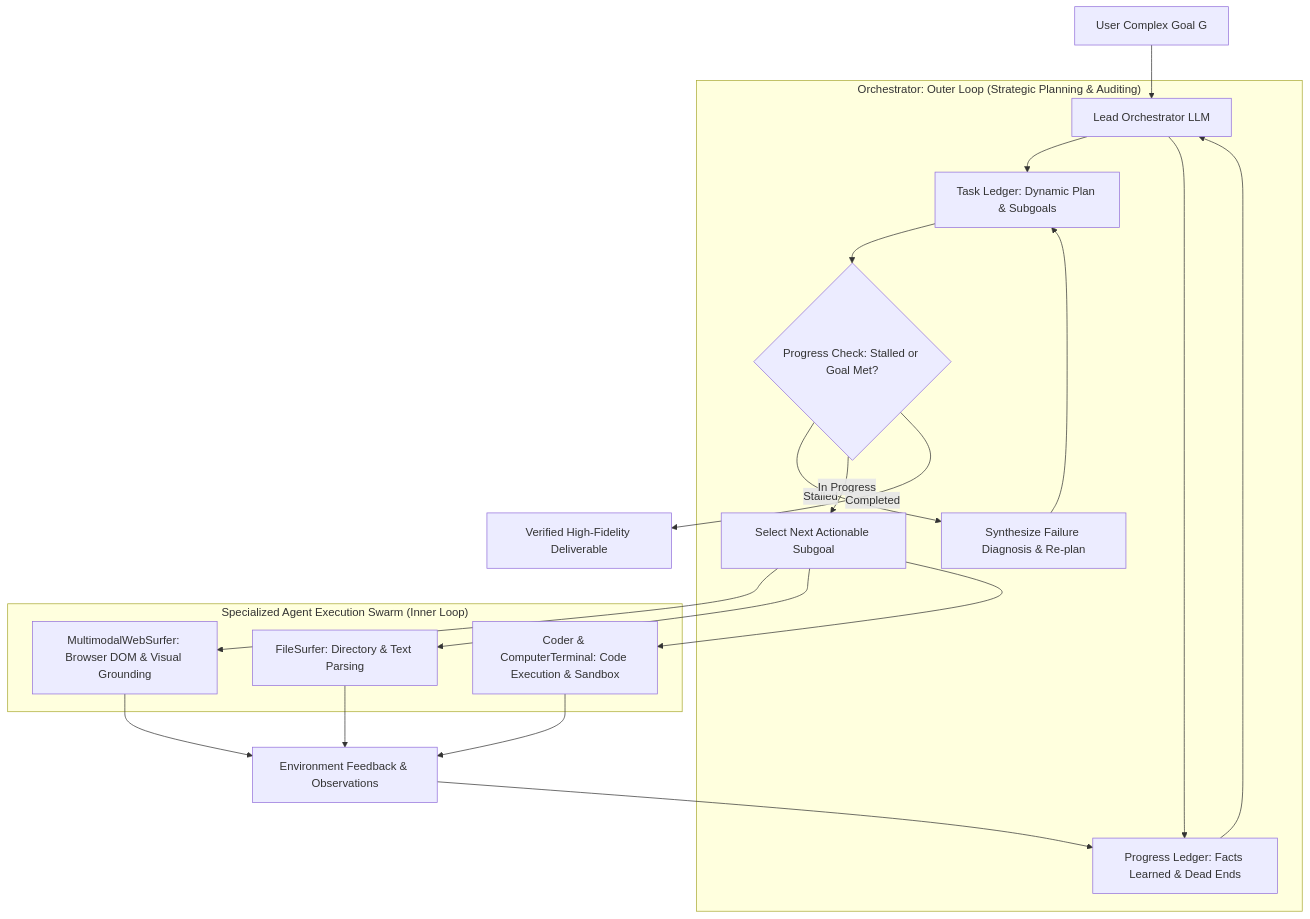
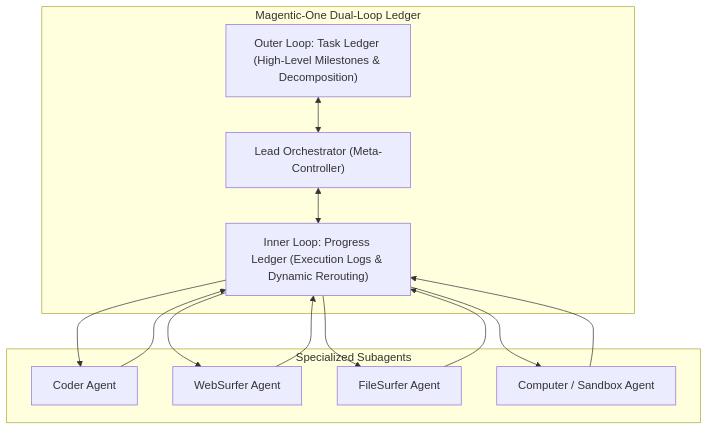
One commit to hammadshakeelai/prompt-engineering-mastery changed the first of 2 diagrams in obsidian_vault/raw_research/agent_orchestration_magentic_one_and_state_machines.md. Above: the diagram before and after it, drawn with Mermaid. The commit also changed other lines of this file and 3 other files, not shown here.

Commit message:
feat(landmark): Section 186 XGrammar + Magentic-One monograph + index rebuild

````diff
--- a/obsidian_vault/raw_research/agent_orchestration_magentic_one_and_state_machines.md
+++ b/obsidian_vault/raw_research/agent_orchestration_magentic_one_and_state_machines.md
@@ -12,27 +6,20 @@
 ```mermaid
 flowchart TD
-    UserTask["User Complex Goal G"] --> Orchestrator
-
-    subgraph OuterLoop["Orchestrator: Outer Loop (Strategic Planning & Auditing)"]
-        Orchestrator["Lead Orchestrator LLM"] --> TaskLedger["Task Ledger: Dynamic Plan & Subgoals"]
-        Orchestrator --> ProgressLedger["Progress Ledger: Facts Learned & Dead Ends"]
-        TaskLedger --> ReplanCheck{"Progress Check: Stalled or Goal Met?"}
-        ReplanCheck -- "Stalled" --> UpdatePlan["Synthesize Failure Diagnosis & Re-plan"]
-        UpdatePlan --> TaskLedger
-        ReplanCheck -- "In Progress" --> Dispatch["Select Next Actionable Subgoal"]
+    subgraph MagenticOne["Magentic-One Dual-Loop Ledger"]
+        Outer["Outer Loop: Task Ledger (High-Level Milestones & Decomposition)"]
+        Inner["Inner Loop: Progress Ledger (Execution Logs & Dynamic Rerouting)"]
+        Orchestrator["Lead Orchestrator (Meta-Controller)"]
+        Outer <--> Orchestrator
+        Orchestrator <--> Inner
     end
 
-    subgraph InnerLoop["Specialized Agent Execution Swarm (Inner Loop)"]
-        Dispatch --> WebSurfer["MultimodalWebSurfer: Browser DOM & Visual Grounding"]
-        Dispatch --> FileSurfer["FileSurfer: Directory & Text Parsing"]
-        Dispatch --> CoderTerminal["Coder & ComputerTerminal: Code Execution & Sandbox"]
+    subgraph Agents["Specialized Subagents"]
+        Coder["Coder Agent"]
+        WebSurfer["WebSurfer Agent"]
+        FileSurfer["FileSurfer Agent"]
+        Terminal["Computer / Sandbox Agent"]
     end
 
-    WebSurfer --> EnvObservation["Environment Feedback & Observations"]
-    FileSurfer --> EnvObservation
-    CoderTerminal --> EnvObservation
-
-    EnvObservation --> ProgressLedger
-    ProgressLedger --> Orchestrator
-    ReplanCheck -- "Completed" --> FinalOutput["Verified High-Fidelity Deliverable"]
+    Inner --> Coder & WebSurfer & FileSurfer & Terminal
+    Coder & WebSurfer & FileSurfer & Terminal --> Inner
 ```
````
